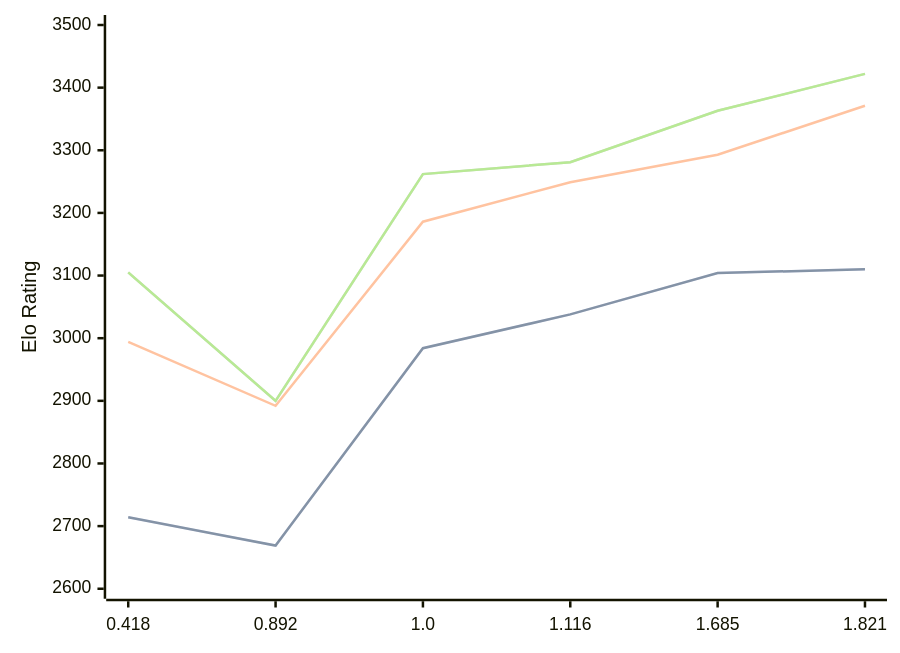
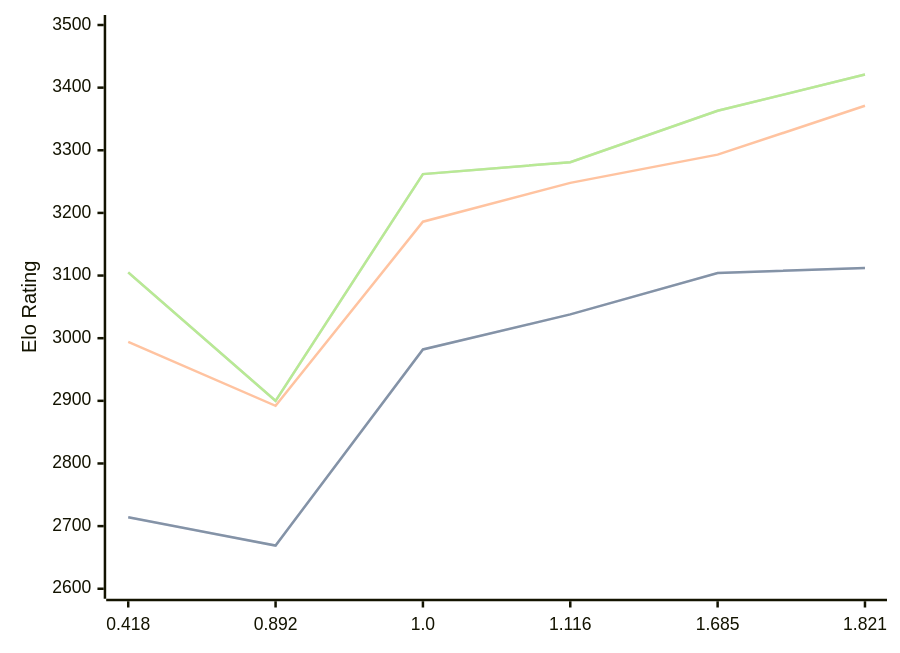
The diagram in engines/Malika.md (computer-chess-index/cci), drawn with Mermaid before and after one commit. The commit also changed other lines of this file, not shown here.

Commit message:
Update CCI Ratings (ELO VLTC) - 2026-09-15

````diff
--- a/engines/Malika.md
+++ b/engines/Malika.md
@@ -36,11 +36,11 @@
 ```mermaid
 %%{init: {"theme":"base","themeVariables":{"seriesColors:['#a3a3a3','#222221','#faa371']}}}%%
 xychart-beta
   x-axis ["0.418", "0.892", "1.0", "1.116", "1.685", "1.821"]
   y-axis "Elo Rating" 2600 --> 3500
-  line "" [2714, 2669, 2984, 3038, 3104, 3110]
-  line "STC (8.0+0.08s)" [2714, 2669, 2984, 3038, 3104, 3110]
-  line "LTC (60.0+0.60s)" [2994, 2892, 3186, 3249, 3293, 3371]
-  line "" [3105, 2900, 3262, 3281, 3363, 3422]
-  line "VLTC (2m24s+1.12s)" [3105, 2900, 3262, 3281, 3363, 3422]
+  line "" [2714, 2669, 2982, 3038, 3104, 3112]
+  line "STC (8.0+0.08s)" [2714, 2669, 2982, 3038, 3104, 3112]
+  line "LTC (60.0+0.60s)" [2994, 2892, 3186, 3248, 3293, 3371]
+  line "" [3105, 2900, 3262, 3281, 3363, 3421]
+  line "VLTC (2m24s+1.12s)" [3105, 2900, 3262, 3281, 3363, 3421]
 ```
````
